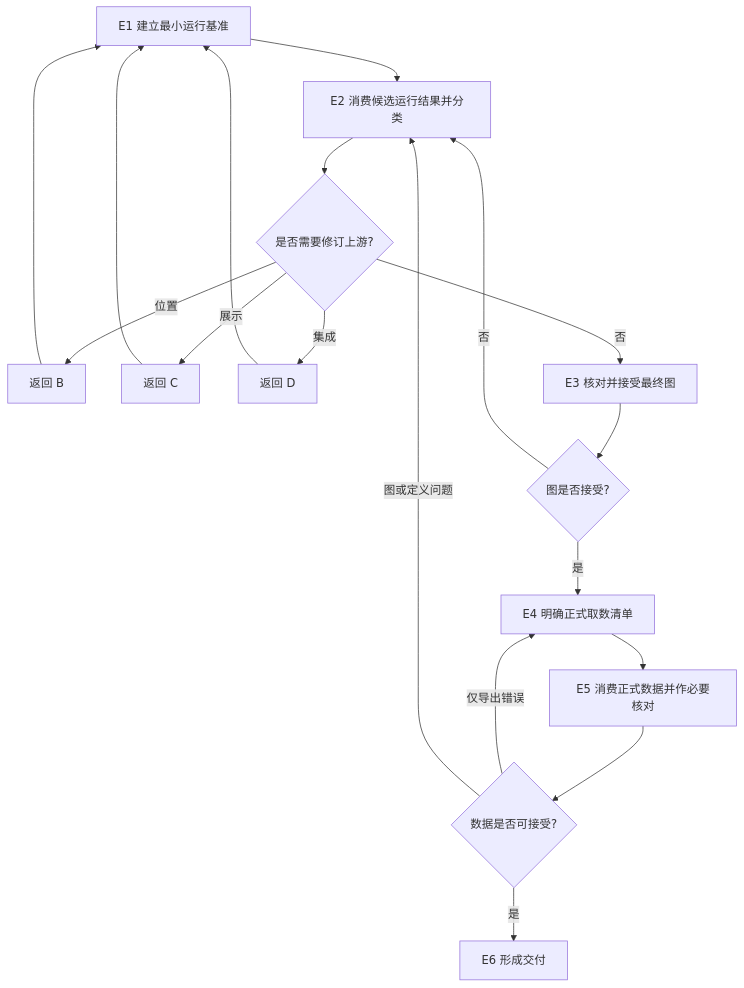
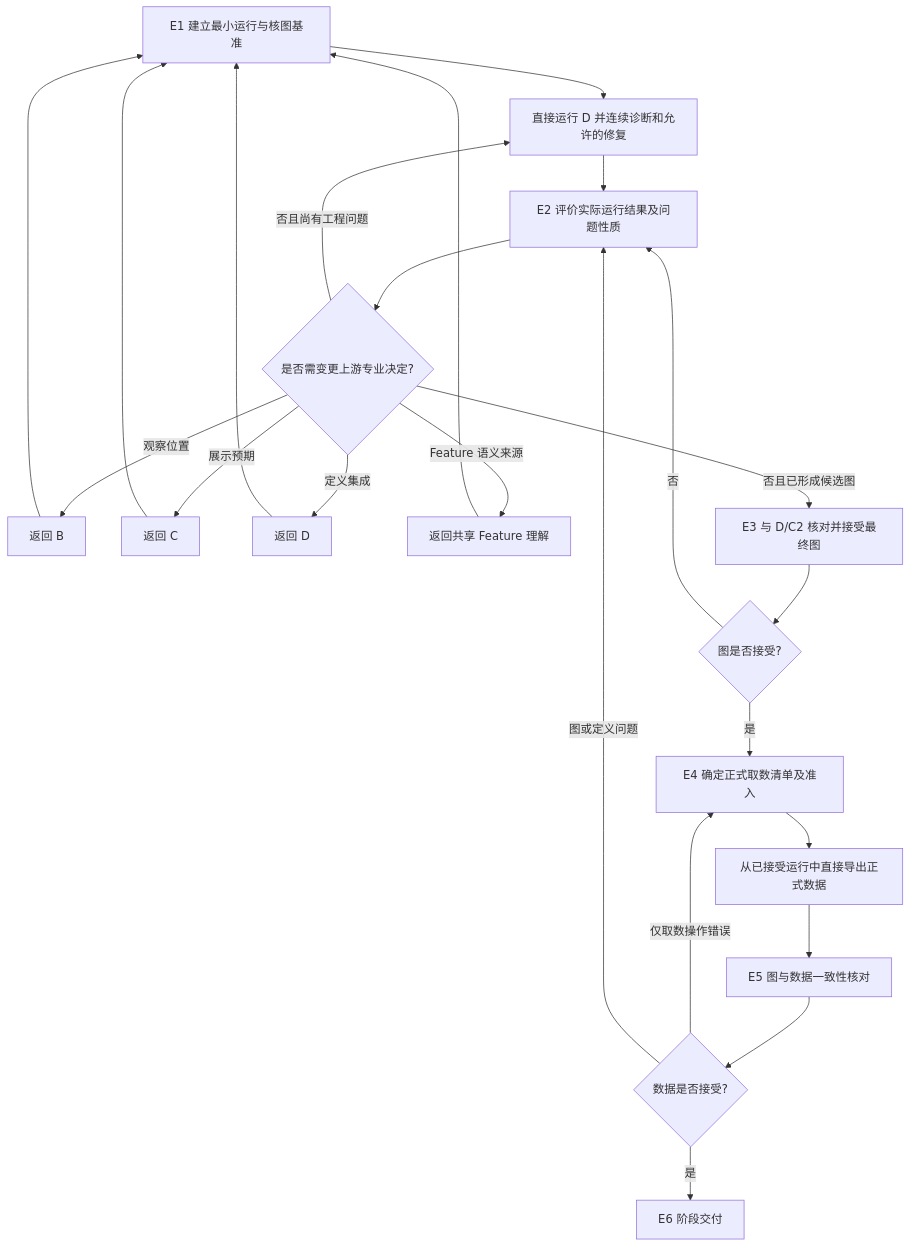
The diagram in skills/observation-material-preparation/caegraph-execution/WORKFLOW.md (daowei2026/observe-iterate), drawn with Mermaid before and after one commit. The commit also changed other lines of this file and 6 other files, not shown here.

````diff
--- a/skills/observation-material-preparation/caegraph-execution/WORKFLOW.md
+++ b/skills/observation-material-preparation/caegraph-execution/WORKFLOW.md
@@ -7,20 +7,25 @@
-```mermaid
+~~~mermaid
 flowchart TD
-  E1[E1 建立最小运行基准] --> E2[E2 消费候选运行结果并分类]
-  E2 --> X{是否需要修订上游?}
-  X -- 位置 --> B[返回 B]
-  X -- 展示 --> C[返回 C]
-  X -- 集成 --> D[返回 D]
+  E1[E1 建立最小运行与核图基准] --> RUN[直接运行 D 并连续诊断和允许的修复]
+  RUN --> E2[E2 评价实际运行结果及问题性质]
+  E2 --> X{是否需变更上游专业决定?}
+  X -- 观察位置 --> B[返回 B]
+  X -- 展示预期 --> C[返回 C]
+  X -- 定义集成 --> D[返回 D]
+  X -- Feature 语义来源 --> U[返回共享 Feature 理解]
   B --> E1
   C --> E1
   D --> E1
-  X -- 否 --> E3[E3 核对并接受最终图]
+  U --> E1
+  X -- 否且尚有工程问题 --> RUN
+  X -- 否且已形成候选图 --> E3[E3 与 D/C2 核对并接受最终图]
   E3 --> Y{图是否接受?}
   Y -- 否 --> E2
-  Y -- 是 --> E4[E4 明确正式取数清单]
-  E4 --> E5[E5 消费正式数据并作必要核对]
-  E5 --> Z{数据是否可接受?}
-  Z -- 仅导出错误 --> E4
+  Y -- 是 --> E4[E4 确定正式取数清单及准入]
+  E4 --> EX[从已接受运行中直接导出正式数据]
+  EX --> E5[E5 图与数据一致性核对]
+  E5 --> Z{数据是否接受?}
+  Z -- 仅取数操作错误 --> E4
   Z -- 图或定义问题 --> E2
-  Z -- 是 --> E6[E6 形成交付]
-```
+  Z -- 是 --> E6[E6 阶段交付]
+~~~
````
